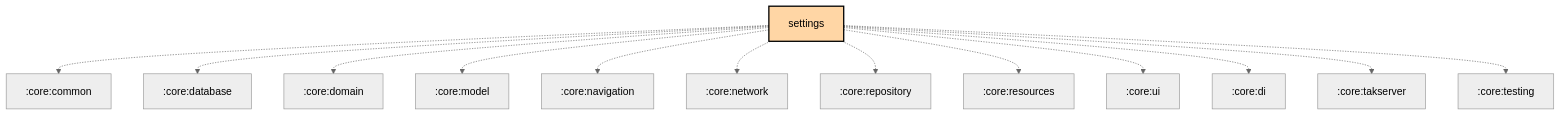
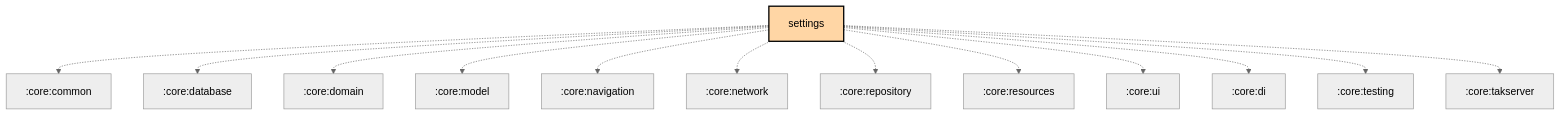
Before and after one commit to meshtastic/Meshtastic-Android: the diagram in feature/settings/README.md, drawn with Mermaid (neutral theme). The commit also changed other lines of this file and 3 other files, not shown here.

First line of the commit message:
chore: Scheduled updates (Graphs, Baseline Profile)

````diff
--- a/feature/settings/README.md
+++ b/feature/settings/README.md
@@ -42,30 +42,30 @@
 ```mermaid
 graph TB
   :feature:settings[settings]:::kmp-feature
   :feature:settings -.-> :core:common
   :feature:settings -.-> :core:database
   :feature:settings -.-> :core:domain
   :feature:settings -.-> :core:model
   :feature:settings -.-> :core:navigation
   :feature:settings -.-> :core:network
   :feature:settings -.-> :core:repository
   :feature:settings -.-> :core:resources
   :feature:settings -.-> :core:ui
   :feature:settings -.-> :core:di
+  :feature:settings -.-> :core:testing
   :feature:settings -.-> :core:takserver
-  :feature:settings -.-> :core:testing
 
 classDef android-application fill:#CAFFBF,stroke:#000,stroke-width:2px,color:#000;
 classDef android-application-compose fill:#CAFFBF,stroke:#000,stroke-width:2px,color:#000;
 classDef compose-desktop-application fill:#CAFFBF,stroke:#000,stroke-width:2px,color:#000;
 classDef android-feature fill:#FFD6A5,stroke:#000,stroke-width:2px,color:#000;
 classDef android-library fill:#9BF6FF,stroke:#000,stroke-width:2px,color:#000;
 classDef android-library-compose fill:#9BF6FF,stroke:#000,stroke-width:2px,color:#000;
 classDef android-test fill:#A0C4FF,stroke:#000,stroke-width:2px,color:#000;
 classDef jvm-library fill:#BDB2FF,stroke:#000,stroke-width:2px,color:#000;
 classDef kmp-feature fill:#FFD6A5,stroke:#000,stroke-width:2px,color:#000;
 classDef kmp-library-compose fill:#FFC1CC,stroke:#000,stroke-width:2px,color:#000;
 classDef kmp-library fill:#FFC1CC,stroke:#000,stroke-width:2px,color:#000;
 classDef unknown fill:#FFADAD,stroke:#000,stroke-width:2px,color:#000;
 
 ```
````
